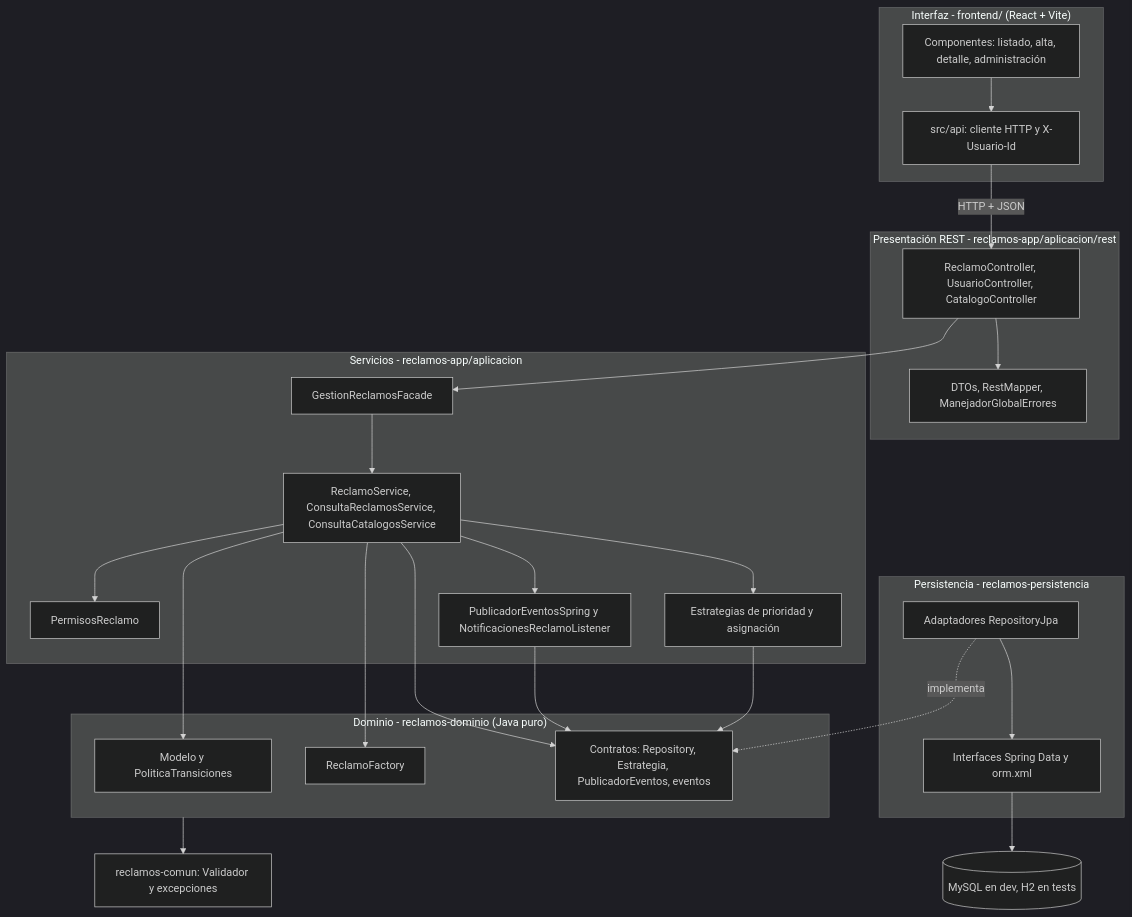
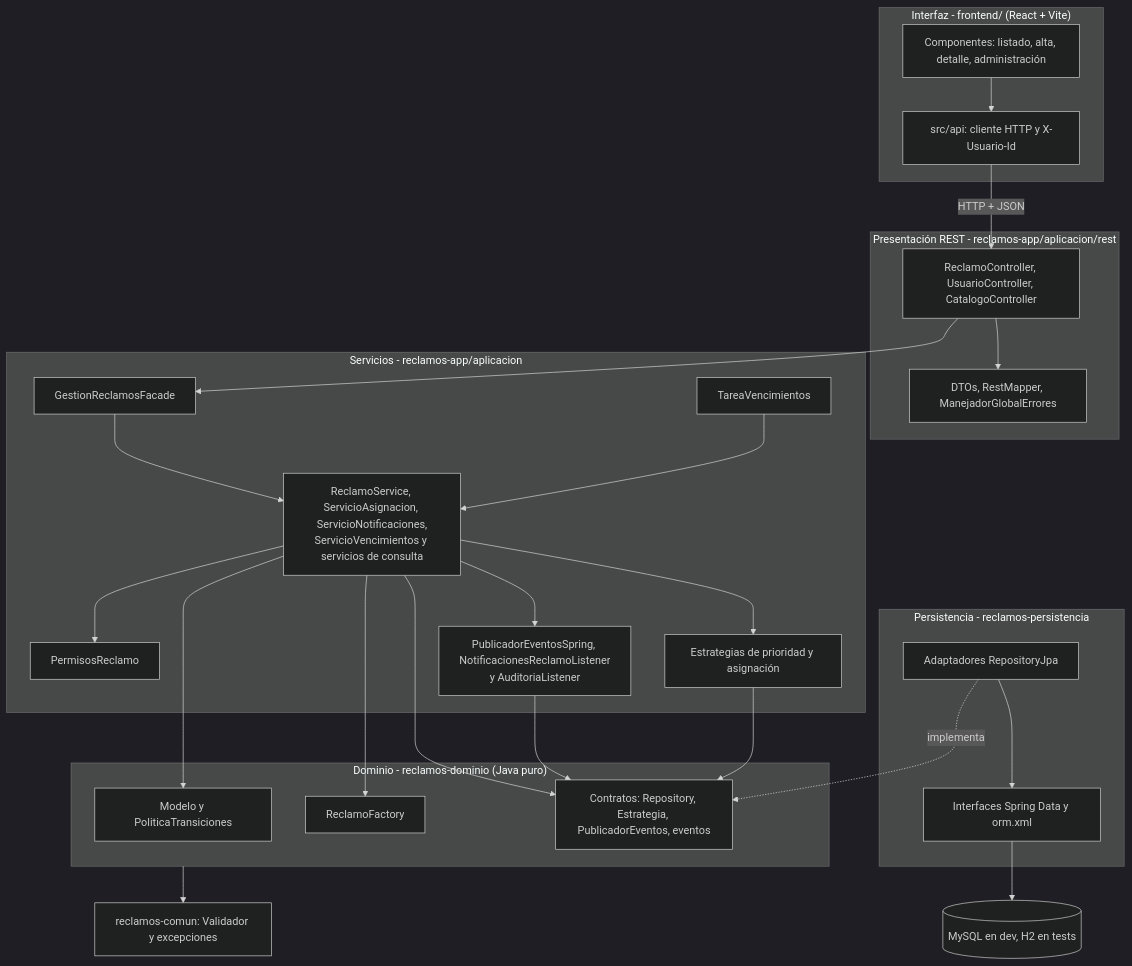
One commit to SanTegli/DesarrolloAppsIIGrupo10 changed the first of 2 diagrams in docs/arquitectura.md. Above: the diagram before and after it, drawn with Mermaid (dark theme). The commit also changed other lines of this file and 37 other files, not shown here.

````diff
--- a/docs/arquitectura.md
+++ b/docs/arquitectura.md
@@ -8,47 +8,49 @@
 ```mermaid
 flowchart TB
   subgraph UI["Interfaz - frontend/ (React + Vite)"]
     COMP["Componentes: listado, alta, detalle, administración"]
     API["src/api: cliente HTTP y X-Usuario-Id"]
   end
   subgraph REST["Presentación REST - reclamos-app/aplicacion/rest"]
     CTRL["ReclamoController, UsuarioController, CatalogoController"]
     DTO["DTOs, RestMapper, ManejadorGlobalErrores"]
   end
   subgraph APP["Servicios - reclamos-app/aplicacion"]
     FAC["GestionReclamosFacade"]
-    SRV["ReclamoService, ConsultaReclamosService, ConsultaCatalogosService"]
+    SRV["ReclamoService, ServicioAsignacion, ServicioNotificaciones,<br/>ServicioVencimientos y servicios de consulta"]
     PERM["PermisosReclamo"]
     EST["Estrategias de prioridad y asignación"]
-    OBS["PublicadorEventosSpring y NotificacionesReclamoListener"]
+    OBS["PublicadorEventosSpring, NotificacionesReclamoListener<br/>y AuditoriaListener"]
+    TAR["TareaVencimientos"]
   end
   subgraph DOM["Dominio - reclamos-dominio (Java puro)"]
     MOD["Modelo y PoliticaTransiciones"]
     FAB["ReclamoFactory"]
     CON["Contratos: Repository, Estrategia, PublicadorEventos, eventos"]
   end
   subgraph PERS["Persistencia - reclamos-persistencia"]
     ADP["Adaptadores RepositoryJpa"]
     SDJ["Interfaces Spring Data y orm.xml"]
   end
   DB[("MySQL en dev, H2 en tests")]
   UTIL["reclamos-comun: Validador y excepciones"]
 
   COMP --> API
   API -->|"HTTP + JSON"| CTRL
   CTRL --> FAC
   CTRL --> DTO
   FAC --> SRV
   SRV --> PERM
   SRV --> EST
   SRV --> FAB
   SRV --> MOD
   SRV --> CON
   SRV --> OBS
+  TAR --> SRV
   OBS --> CON
   EST --> CON
   ADP -.->|implementa| CON
   ADP --> SDJ
   SDJ --> DB
   DOM --> UTIL
 ```
````
